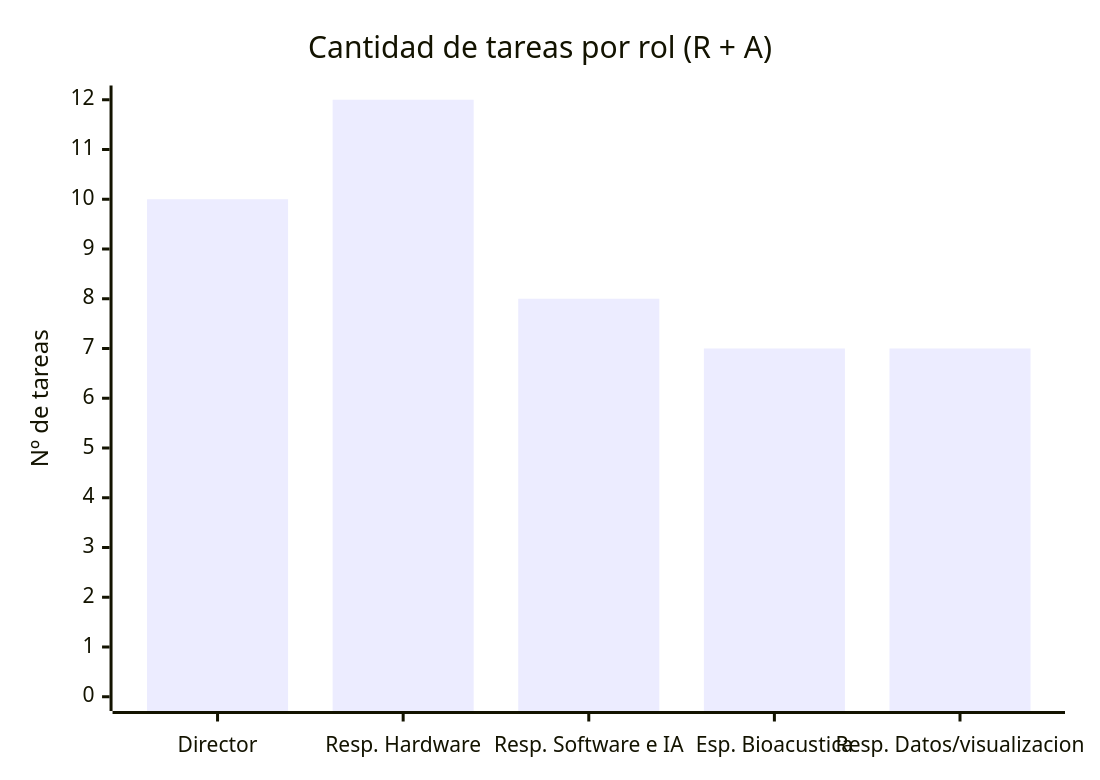
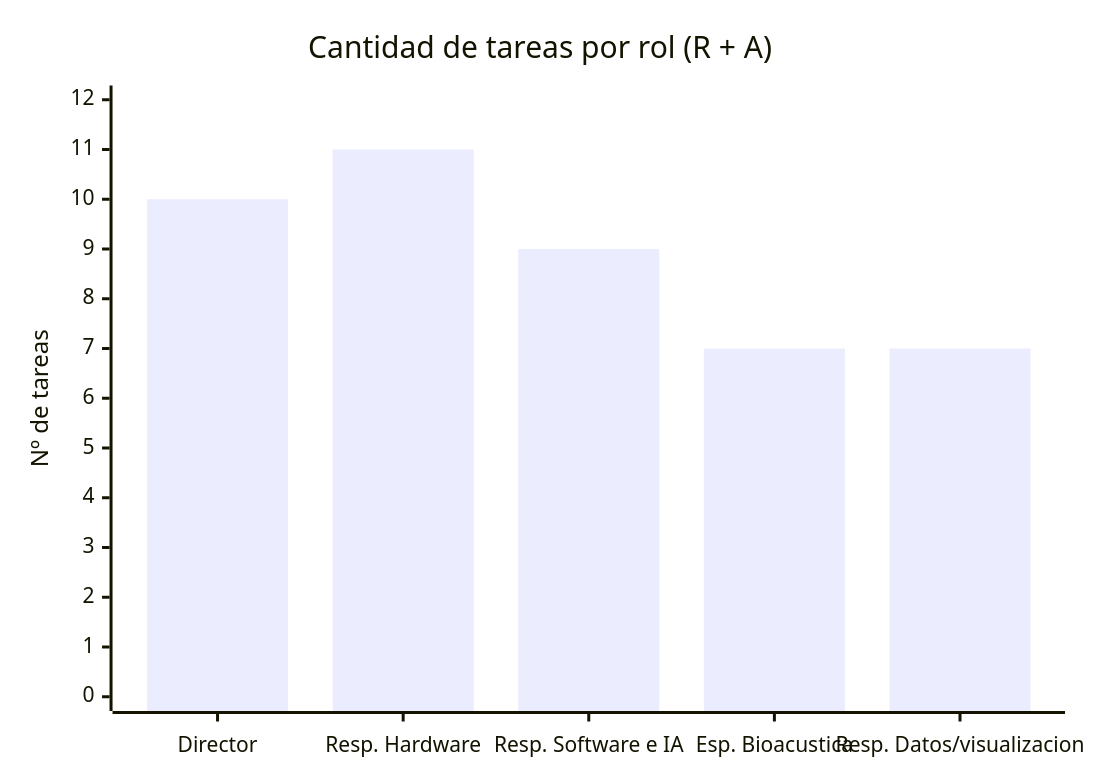
One commit to fatimalunazzz/GestionProyecto changed the diagram in matriz-raci.md. Above: the diagram before and after it, drawn with Mermaid. The commit also changed other lines of this file, not shown here.

````diff
--- a/matriz-raci.md
+++ b/matriz-raci.md
@@ -43,7 +43,7 @@
 ```mermaid
 xychart-beta
     title "Cantidad de tareas por rol (R + A)"
     x-axis ["Director", "Resp. Hardware", "Resp. Software e IA", "Esp. Bioacustica", "Resp. Datos/visualizacion"]
     y-axis "Nº de tareas" 0 --> 12
-    bar [10, 12, 8, 7, 7]
+    bar [10, 11, 9, 7, 7]
 ```
````
